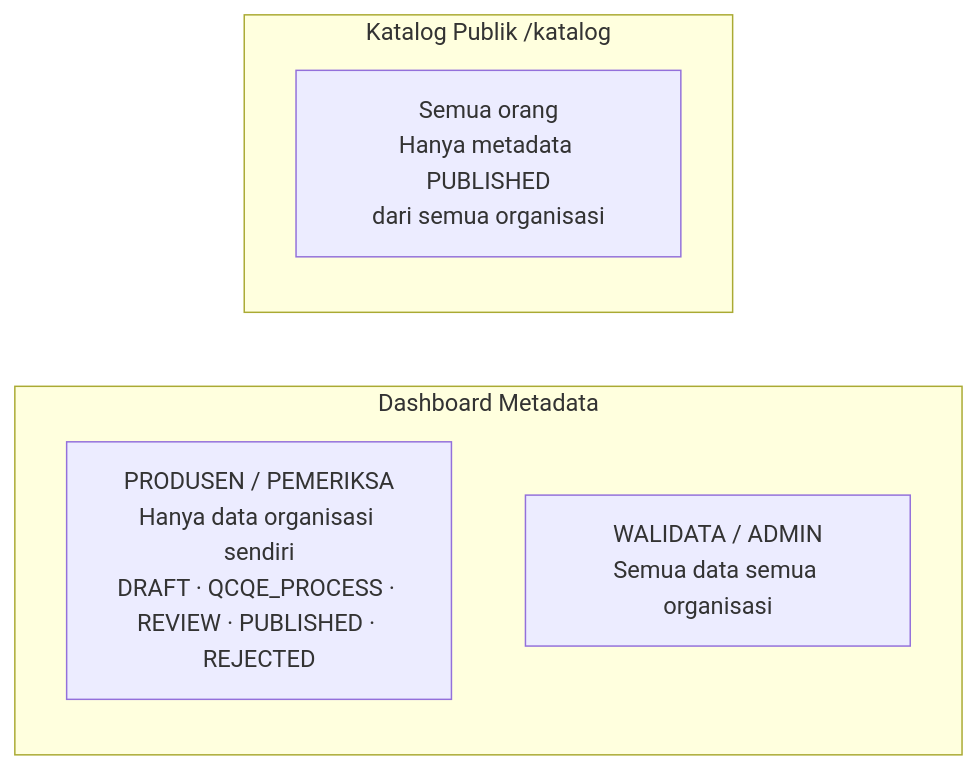
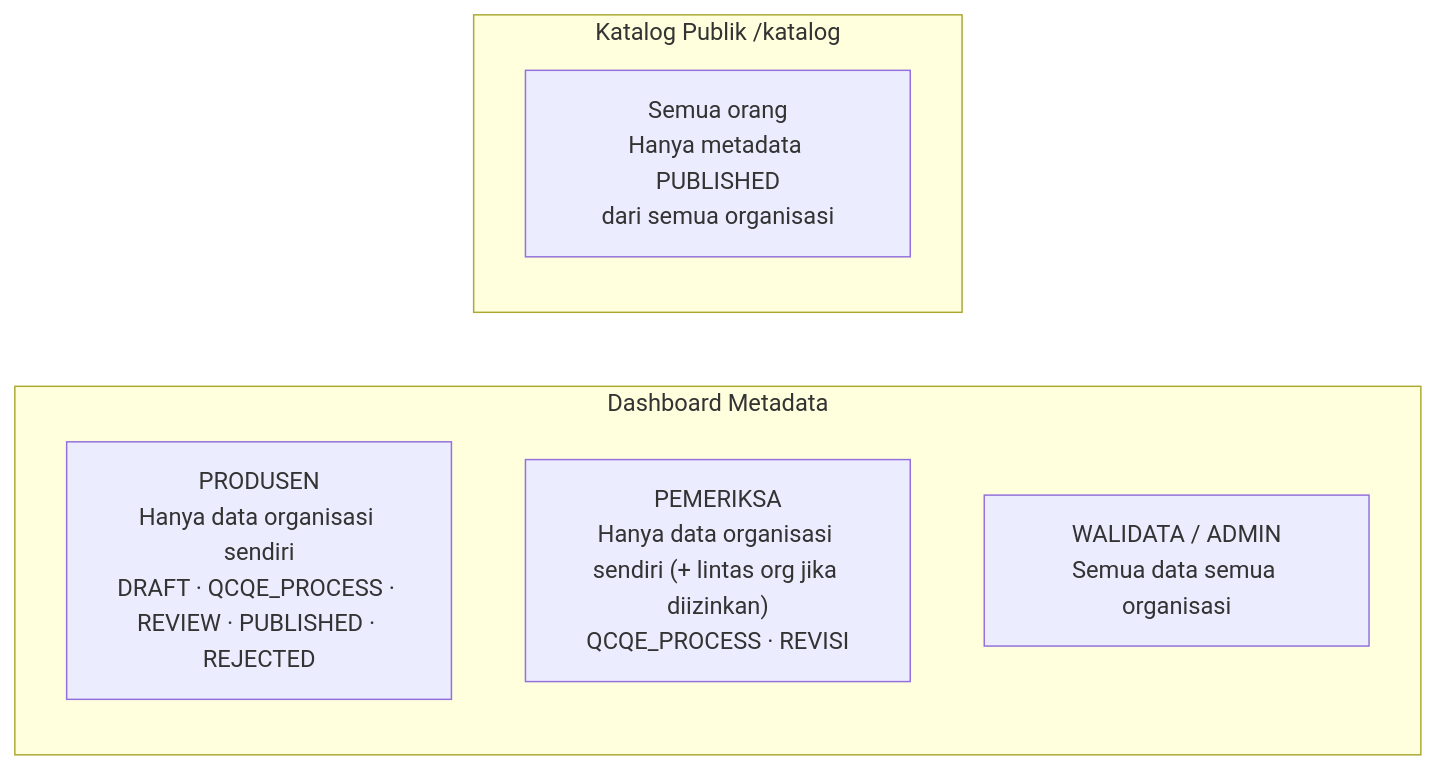
Before and after one commit to hariHK1/geomdb-hub-installer: the fifth of 9 diagrams in README.md, drawn with Mermaid. The commit also changed other lines of this file and 1 other file, not shown here.

First line of the commit message:
docs: update README + INSTALL — revisi flow & link download rilis

````diff
--- a/README.md
+++ b/README.md
@@ -286,10 +294,11 @@
 ```mermaid
 flowchart LR
     subgraph Dashboard ["Dashboard Metadata"]
-        P1["PRODUSEN / PEMERIKSA<br/>Hanya data organisasi sendiri<br/>DRAFT · QCQE_PROCESS · REVIEW · PUBLISHED · REJECTED"]
+        P1["PRODUSEN<br/>Hanya data organisasi sendiri<br/>DRAFT · QCQE_PROCESS · REVIEW · PUBLISHED · REJECTED"]
+        P2["PEMERIKSA<br/>Hanya data organisasi sendiri (+ lintas org jika diizinkan)<br/>QCQE_PROCESS · REVISI"]
         WA["WALIDATA / ADMIN<br/>Semua data semua organisasi"]
     end
     subgraph Katalog ["Katalog Publik /katalog"]
         PUB["Semua orang<br/>Hanya metadata PUBLISHED<br/>dari semua organisasi"]
     end
 ```
````
